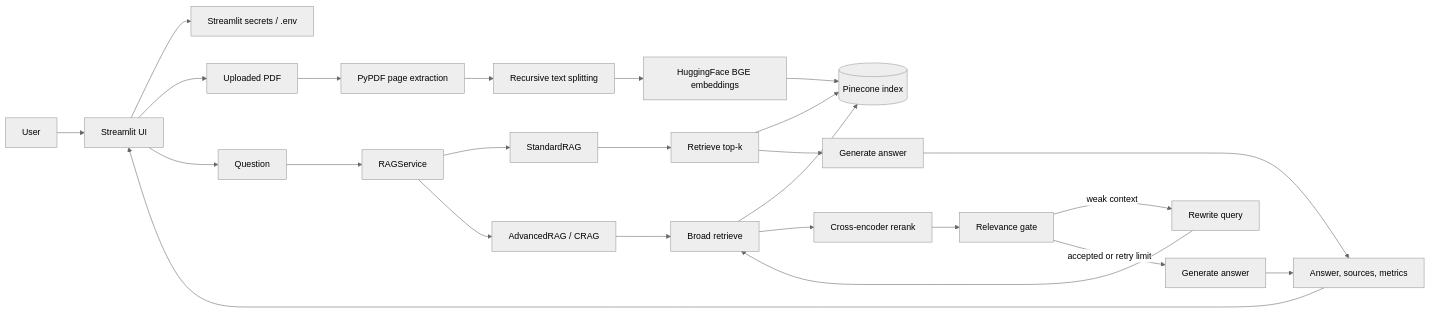
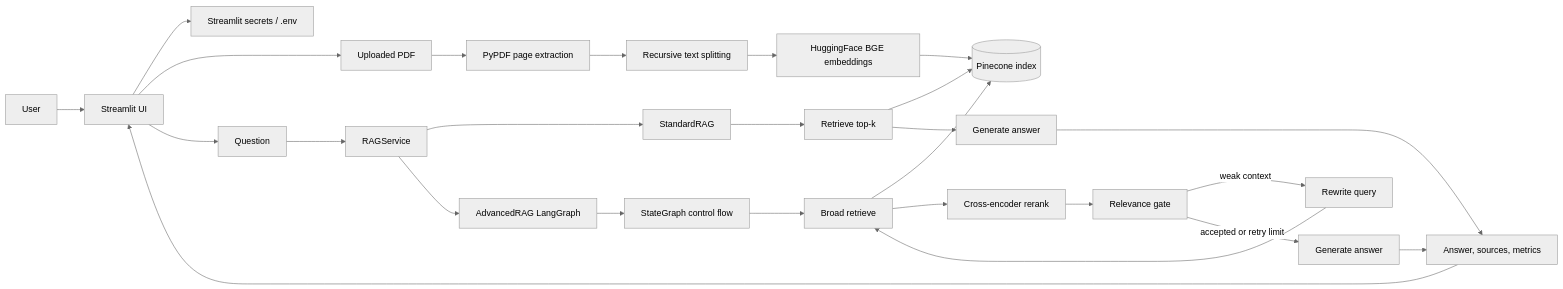
One commit to Abhinaba925/Corrective-RAG changed the first of 4 diagrams in README.md. Above: the diagram before and after it, drawn with Mermaid (neutral theme). The commit also changed other lines of this file, not shown here.

Commit message:
Document LangGraph CRAG implementation

````diff
--- a/README.md
+++ b/README.md
@@ -124,31 +124,32 @@
 ```mermaid
 flowchart LR
     U["User"] --> UI["Streamlit UI"]
     UI --> SEC["Streamlit secrets / .env"]
     UI --> PDF["Uploaded PDF"]
     PDF --> PARSE["PyPDF page extraction"]
     PARSE --> SPLIT["Recursive text splitting"]
     SPLIT --> EMB["HuggingFace BGE embeddings"]
     EMB --> PC[("Pinecone index")]
 
     UI --> Q["Question"]
     Q --> SVC["RAGService"]
     SVC --> STD["StandardRAG"]
-    SVC --> ADV["AdvancedRAG / CRAG"]
+    SVC --> ADV["AdvancedRAG LangGraph"]
 
     STD --> RET1["Retrieve top-k"]
     RET1 --> PC
     RET1 --> GEN1["Generate answer"]
 
-    ADV --> RET2["Broad retrieve"]
+    ADV --> GRAPH["StateGraph control flow"]
+    GRAPH --> RET2["Broad retrieve"]
     RET2 --> PC
     RET2 --> RR["Cross-encoder rerank"]
     RR --> GATE["Relevance gate"]
     GATE -->|"weak context"| REWRITE["Rewrite query"]
     REWRITE --> RET2
     GATE -->|"accepted or retry limit"| GEN2["Generate answer"]
 
     GEN1 --> OUT["Answer, sources, metrics"]
     GEN2 --> OUT
     OUT --> UI
 ```
````
